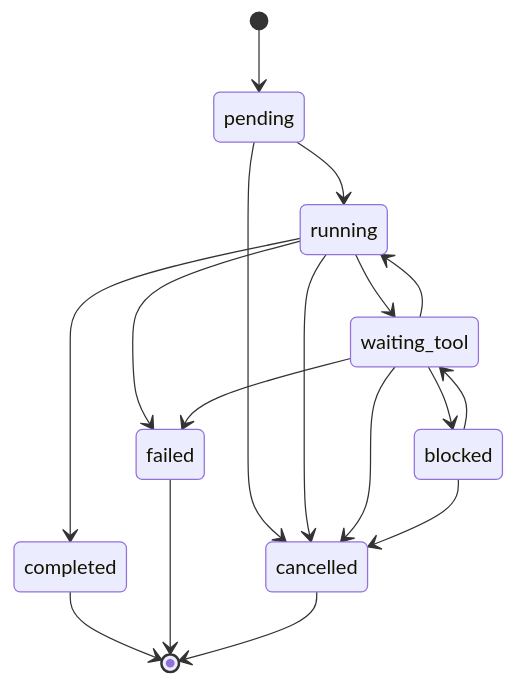
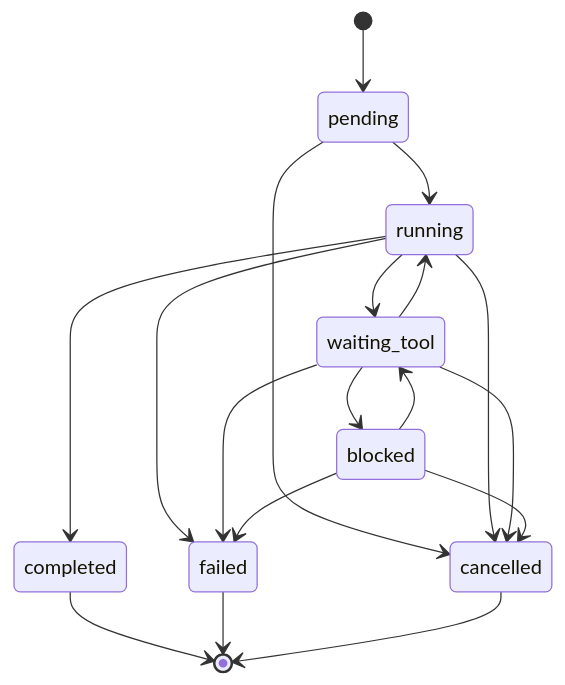
Before and after one commit to 0xrutabaga/agentflow: the diagram in README.md, drawn with Mermaid. The commit also changed other lines of this file and 2 other files, not shown here.

````diff
--- a/README.md
+++ b/README.md
@@ -72,19 +86,20 @@
 ```mermaid
 stateDiagram-v2
     [*] --> pending
     pending --> running
     pending --> cancelled
     running --> waiting_tool
     running --> completed
     running --> failed
     running --> cancelled
     waiting_tool --> running
     waiting_tool --> blocked
     waiting_tool --> failed
     waiting_tool --> cancelled
     blocked --> waiting_tool
+    blocked --> failed
     blocked --> cancelled
     completed --> [*]
     failed --> [*]
     cancelled --> [*]
 ```
````
